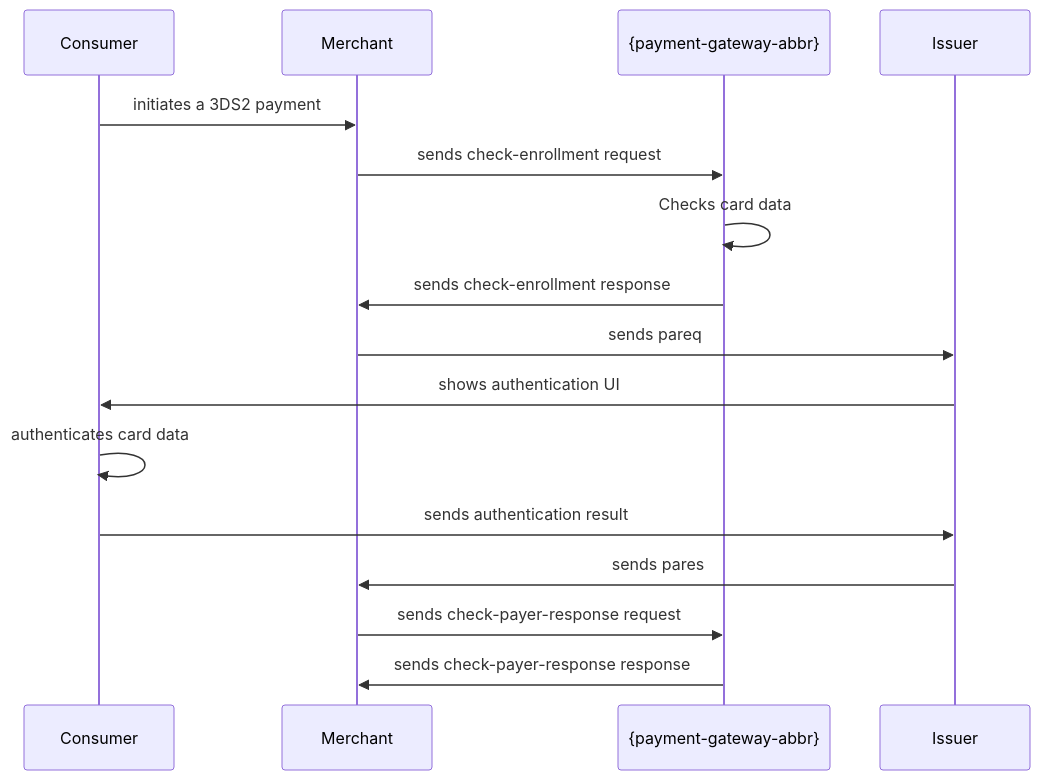
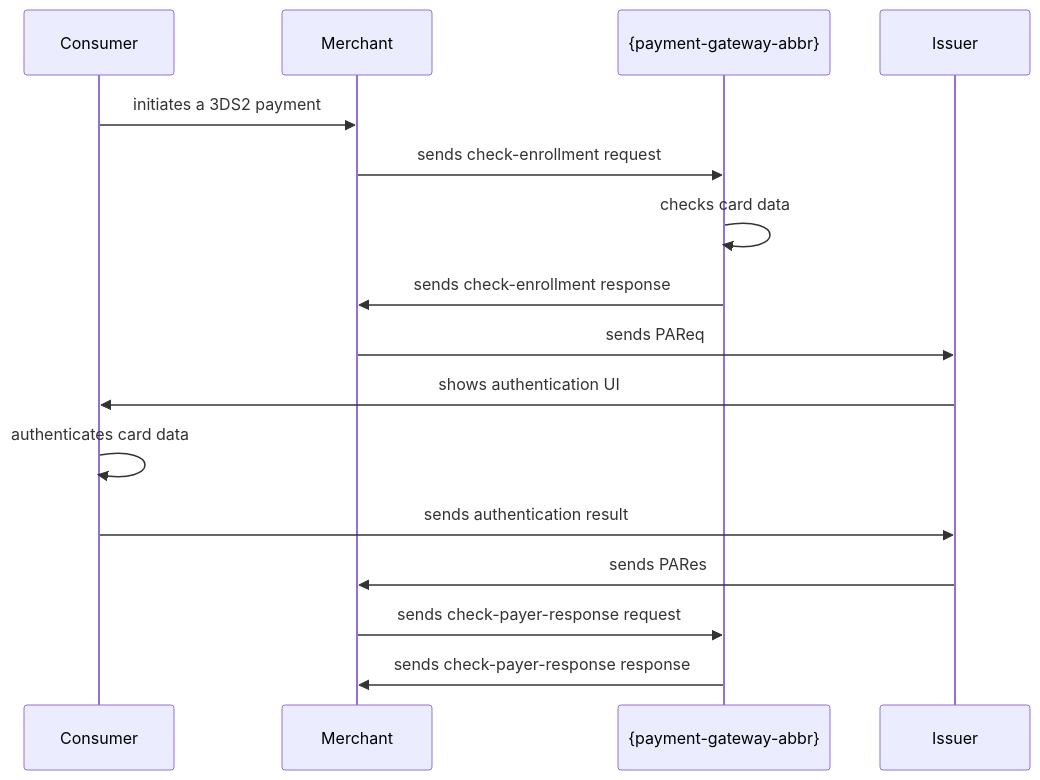
The diagram in 11-01-08-testcards.adoc (wirecard/merchant-documentation-gateway), drawn with Mermaid before and after one commit. The commit also changed other lines of this file, not shown here.

```diff
--- a/11-01-08-testcards.adoc
+++ b/11-01-08-testcards.adoc
@@ -242,19 +242,19 @@
 [mermaid, 3DS2_TestCards_Workflow,svg,subs=attributes+]
 ----
 sequenceDiagram
     participant Consumer
     participant Merchant
     participant {payment-gateway-abbr}
     participant Issuer
 Consumer->>Merchant: initiates a 3DS2 payment
 Merchant->>{payment-gateway-abbr}: sends check-enrollment request
-{payment-gateway-abbr}->>{payment-gateway-abbr}: Checks card data
+{payment-gateway-abbr}->>{payment-gateway-abbr}: checks card data
 {payment-gateway-abbr}->>Merchant: sends check-enrollment response
-Merchant->>Issuer: sends pareq
+Merchant->>Issuer: sends PAReq
 Issuer->>Consumer: shows authentication UI
 Consumer->>Consumer: authenticates card data
 Consumer->>Issuer: sends authentication result
-Issuer->>Merchant: sends pares
+Issuer->>Merchant: sends PARes
 Merchant->>{payment-gateway-abbr}: sends check-payer-response request
 {payment-gateway-abbr}->>Merchant: sends check-payer-response response
 ----
```
